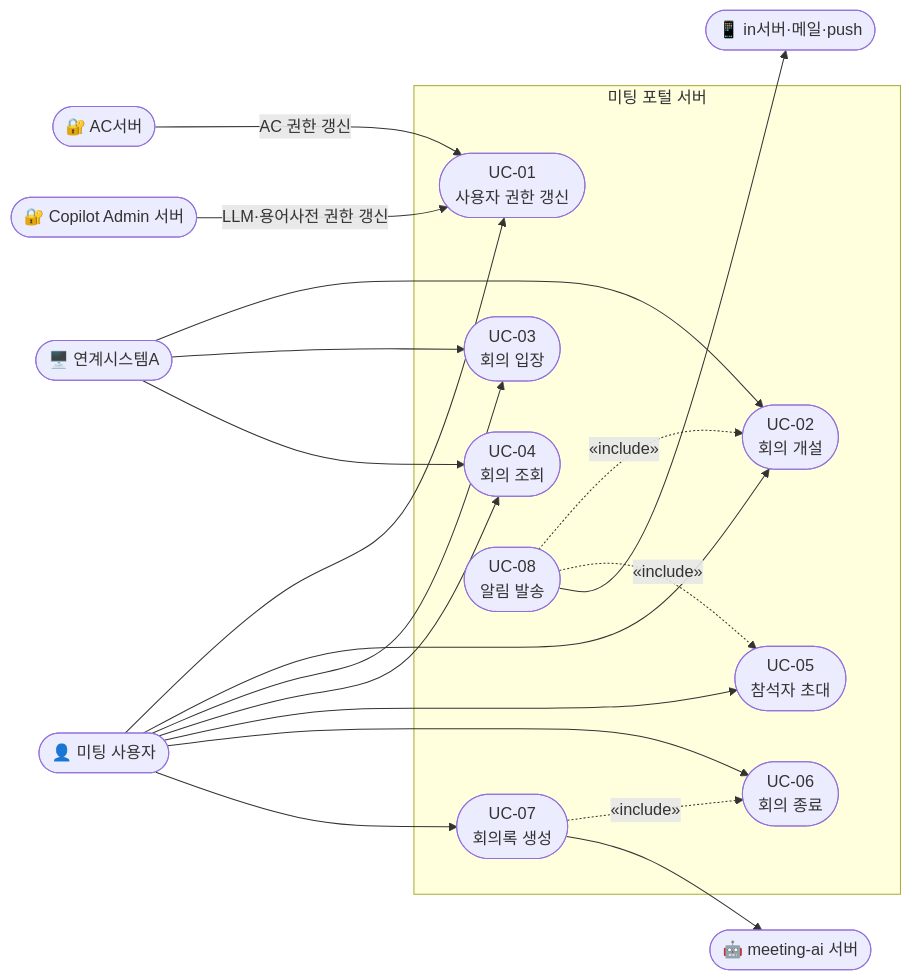
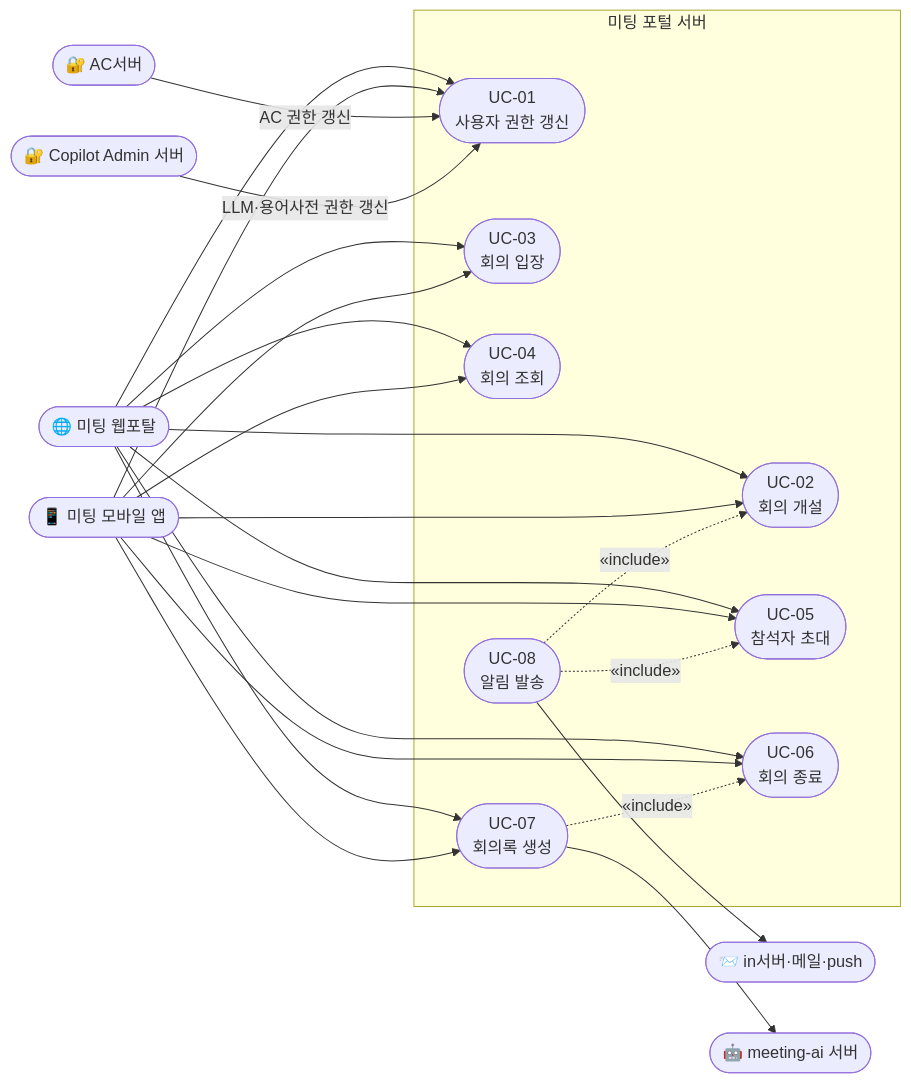
One commit to sujinnkim/A_Personal changed the diagram in docs/03-requirements/2.1-functional/overview.md. Above: the diagram before and after it, drawn with Mermaid. The commit also changed other lines of this file, not shown here.

Commit message:
docs: 2.1 overview 다이어그램 액터 교체 및 연계시스템A 제거
- 연계시스템A 액터 제거 (UC는 사용자가 직접 수행하는 시나리오)
- '미팅 사용자' → '미팅 웹포탈', '미팅 모바일 앱' 으로 액터 분리
- UC 목록표 주요 행위자 동기화

````diff
--- a/docs/03-requirements/2.1-functional/overview.md
+++ b/docs/03-requirements/2.1-functional/overview.md
@@ -60,39 +60,44 @@
 ```mermaid
 graph LR
-    User(["👤 미팅 사용자"])
-    SysA(["🖥️ 연계시스템A"])
-    InServer(["📱 in서버·메일·push"])
+    WebPortal(["🌐 미팅 웹포탈"])
+    MobileApp(["📱 미팅 모바일 앱"])
+    InServer(["📨 in서버·메일·push"])
     MeetingAI(["🤖 meeting-ai 서버"])
     ACServer(["🔐 AC서버"])
     CopilotAdmin(["🔐 Copilot Admin 서버"])
 
     subgraph MeetingPortal["미팅 포털 서버"]
         UC01(["UC-01\n사용자 권한 갱신"])
         UC02(["UC-02\n회의 개설"])
         UC03(["UC-03\n회의 입장"])
         UC04(["UC-04\n회의 조회"])
         UC05(["UC-05\n참석자 초대"])
         UC06(["UC-06\n회의 종료"])
         UC07(["UC-07\n회의록 생성"])
         UC08(["UC-08\n알림 발송"])
     end
 
-    User --> UC01
+    WebPortal --> UC01
+    WebPortal --> UC02
+    WebPortal --> UC03
+    WebPortal --> UC04
+    WebPortal --> UC05
+    WebPortal --> UC06
+    WebPortal --> UC07
+    MobileApp --> UC01
+    MobileApp --> UC02
+    MobileApp --> UC03
+    MobileApp --> UC04
+    MobileApp --> UC05
+    MobileApp --> UC06
+    MobileApp --> UC07
+
     ACServer -->|"AC 권한 갱신"| UC01
     CopilotAdmin -->|"LLM·용어사전 권한 갱신"| UC01
-    User --> UC02
-    User --> UC03
-    User --> UC04
-    User --> UC05
-    User --> UC06
-    User --> UC07
-    SysA --> UC02
-    SysA --> UC03
-    SysA --> UC04
 
     UC07 -.->|"«include»"| UC06
     UC08 -.->|"«include»"| UC02
     UC08 -.->|"«include»"| UC05
     UC08 --> InServer
     UC07 --> MeetingAI
 ```
````
